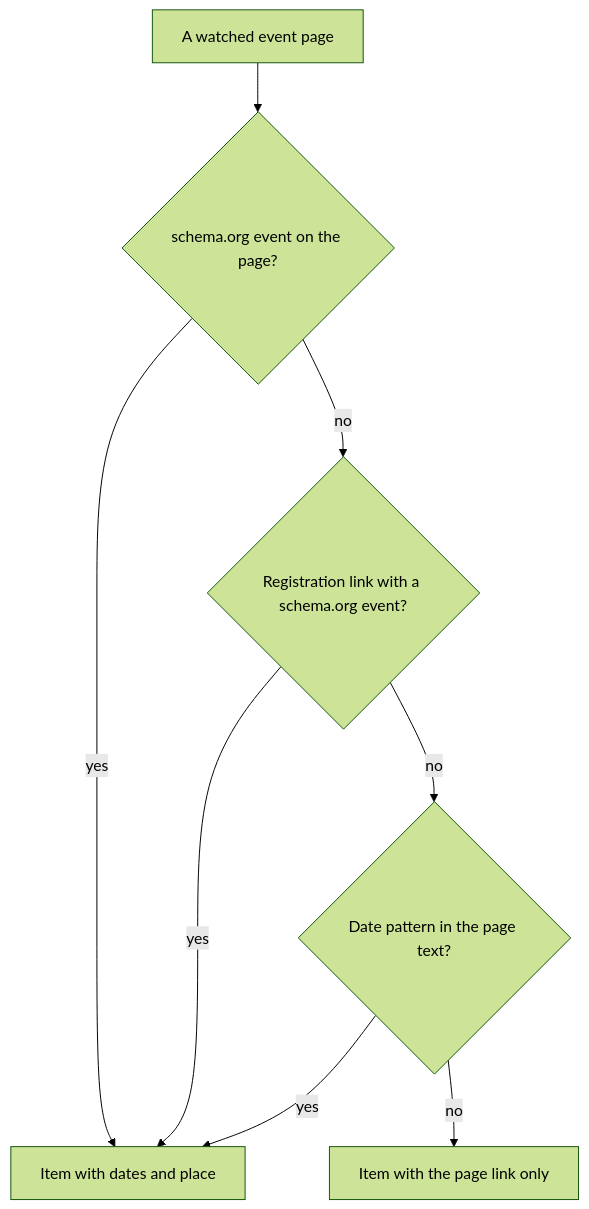
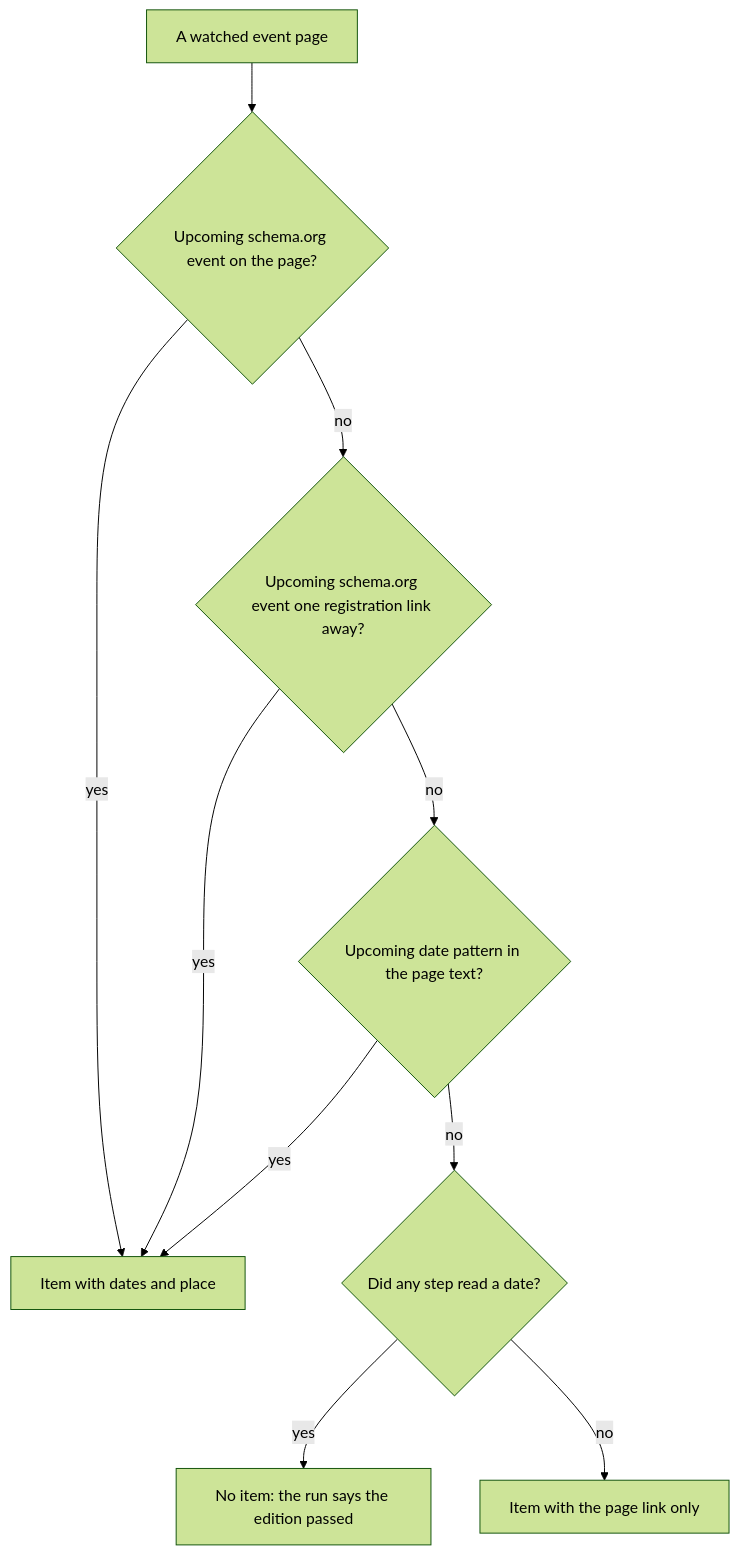
The third of 4 diagrams in .devbook/domain/capture/features.md (JSdotNet/Backlog), drawn with Mermaid (forest theme) before and after one commit. The commit also changed other lines of this file and 4 other files, not shown here.

First line of the commit message:
feat(capture): read past a passed event and tell same-year editions apart

````diff
--- a/.devbook/domain/capture/features.md
+++ b/.devbook/domain/capture/features.md
@@ -311,10 +311,12 @@
 ```mermaid
 flowchart TD
-    Page[A watched event page] --> S1{schema.org event on the page?}
+    Page[A watched event page] --> S1{Upcoming schema.org event on the page?}
     S1 -- yes --> Dates[Item with dates and place]
-    S1 -- no --> S2{Registration link with a schema.org event?}
+    S1 -- no --> S2{Upcoming schema.org event one registration link away?}
     S2 -- yes --> Dates
-    S2 -- no --> S3{Date pattern in the page text?}
+    S2 -- no --> S3{Upcoming date pattern in the page text?}
     S3 -- yes --> Dates
-    S3 -- no --> Link[Item with the page link only]
+    S3 -- no --> Any{Did any step read a date?}
+    Any -- yes --> Passed[No item: the run says the edition passed]
+    Any -- no --> Link[Item with the page link only]
 ```
````
